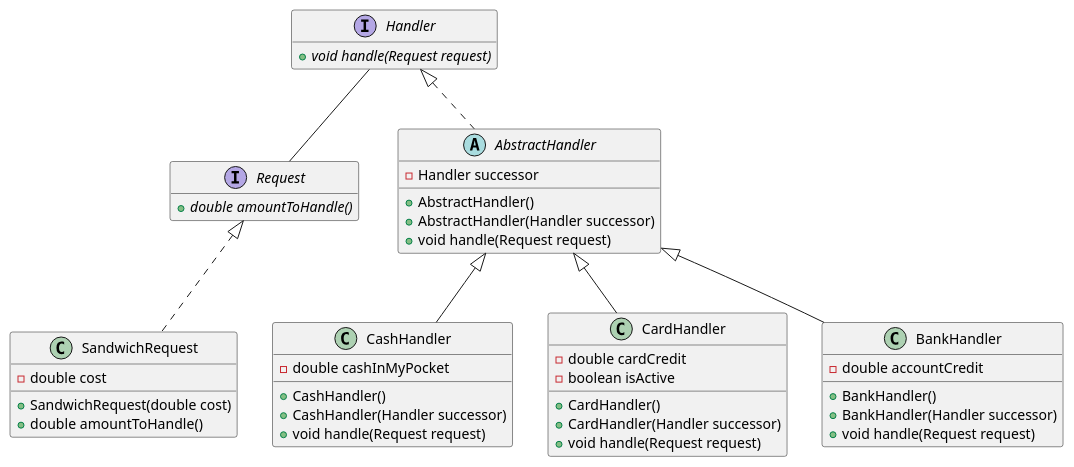
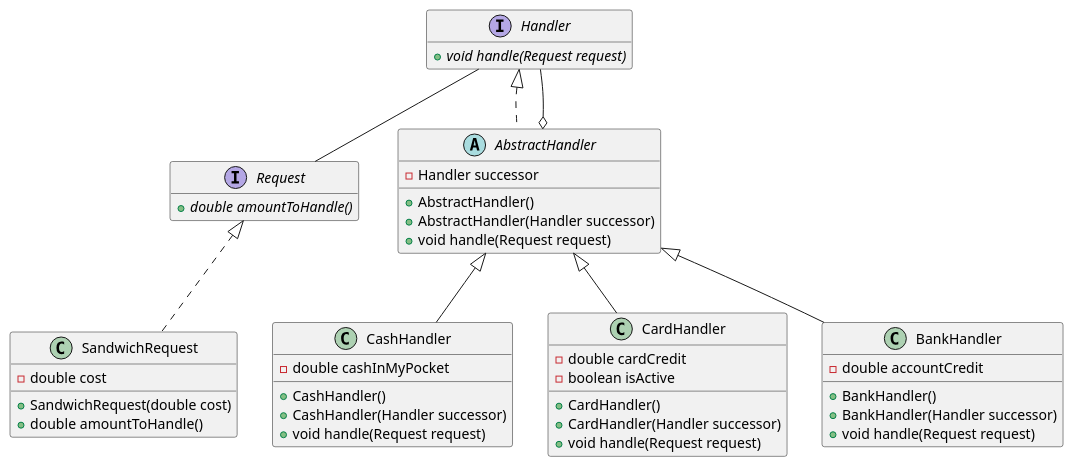
One commit to lealceldeiro/gems changed the diagram in DesignPatternsElementsOfReusableObjectOrientesSoftware/Chapter05/ChainOfResponsability/ChainOfResponsability.puml. Above: the diagram before and after it, drawn with PlantUML.

```diff
--- a/DesignPatternsElementsOfReusableObjectOrientesSoftware/Chapter05/ChainOfResponsability/ChainOfResponsability.puml
+++ b/DesignPatternsElementsOfReusableObjectOrientesSoftware/Chapter05/ChainOfResponsability/ChainOfResponsability.puml
@@ -1,50 +1,51 @@
 @startuml
 
 interface Request {
     + {abstract} double amountToHandle()
 }
 
 class SandwichRequest implements Request {
     - double cost
     + SandwichRequest(double cost)
     + double amountToHandle()
 }
 
 interface Handler {
     + {abstract} void handle(Request request)
 }
 Handler -- Request
+AbstractHandler o-- Handler
 
 abstract class AbstractHandler implements Handler {
     - Handler successor
     + AbstractHandler()
     + AbstractHandler(Handler successor)
     + void handle(Request request)
 }
 
 class CashHandler extends AbstractHandler {
     - double cashInMyPocket
     + CashHandler()
     + CashHandler(Handler successor)
     + void handle(Request request)
 }
 
 class CardHandler extends AbstractHandler {
     - double cardCredit
     - boolean isActive
     + CardHandler()
     + CardHandler(Handler successor)
     + void handle(Request request)
 }
 
 class BankHandler extends AbstractHandler {
     - double accountCredit
     + BankHandler()
     + BankHandler(Handler successor)
     + void handle(Request request)
 }
 
 
 
 hide empty members
 @enduml
```
